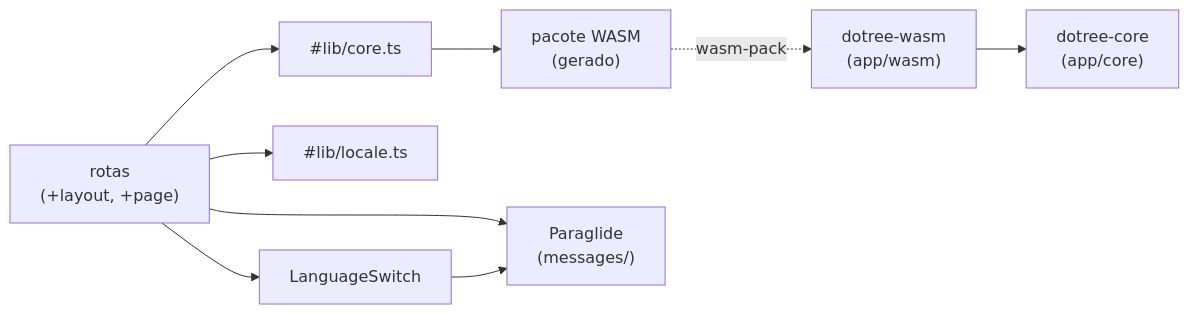
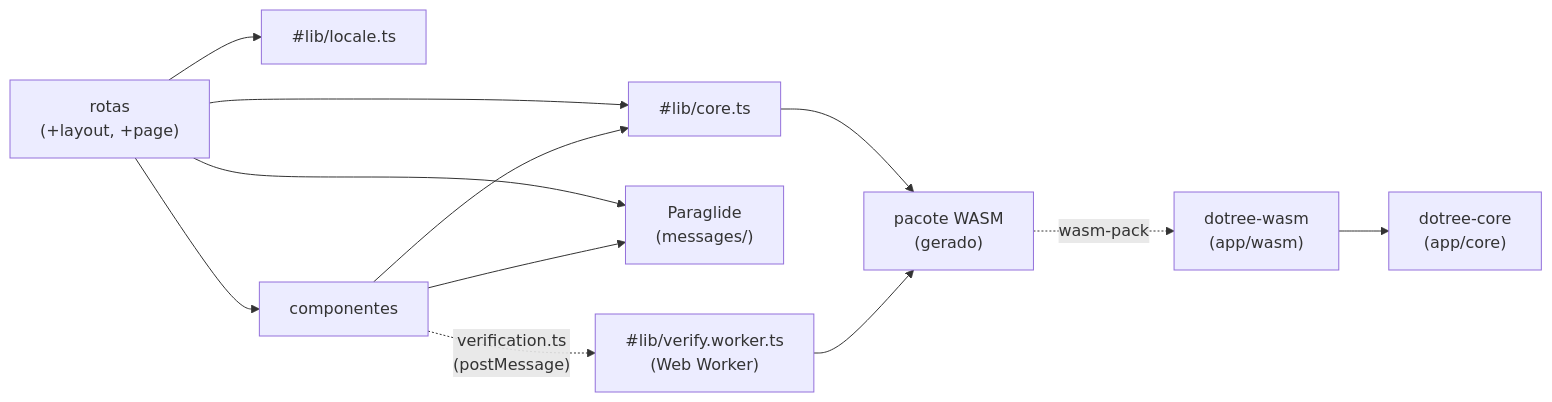
Before and after one commit to psiagoleal/dotree: the diagram in docs/architecture.md, drawn with Mermaid. The commit also changed other lines of this file and 24 other files, not shown here.

First line of the commit message:
feat(web): verificação num worker com progresso, cancelamento e contraexemplo; VHDL com nome validado, cópia e .zip; netlist, vhdl e Verification na ponte (MT-14b) (#30)

````diff
--- a/docs/architecture.md
+++ b/docs/architecture.md
@@ -41,20 +44,24 @@
 ```mermaid
 flowchart LR
   core["dotree-core<br/>(app/core)"]
   wasm["dotree-wasm<br/>(app/wasm)"]
   pkg["pacote WASM<br/>(gerado)"]
   corets["#lib/core.ts"]
   locale["#lib/locale.ts"]
   i18n["Paraglide<br/>(messages/)"]
-  comp["LanguageSwitch"]
+  comp["componentes"]
+  worker["#lib/verify.worker.ts<br/>(Web Worker)"]
   routes["rotas<br/>(+layout, +page)"]
 
   wasm --> core
   pkg -. wasm-pack .-> wasm
   corets --> pkg
   routes --> corets
   routes --> locale
   routes --> i18n
   routes --> comp
   comp --> i18n
+  comp --> corets
+  comp -. "verification.ts<br/>(postMessage)" .-> worker
+  worker --> pkg
 ```
````
